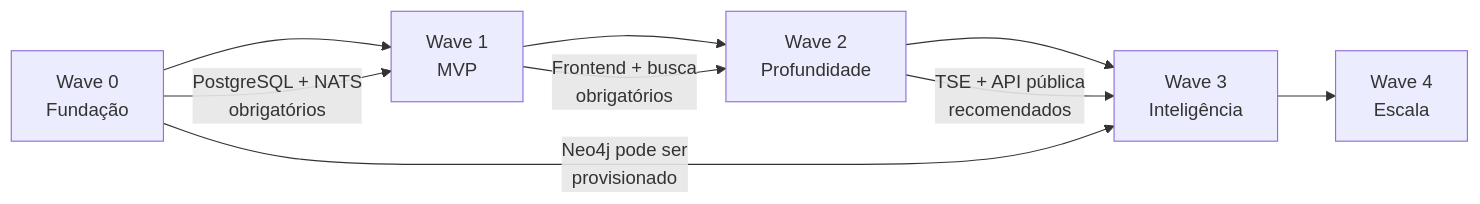
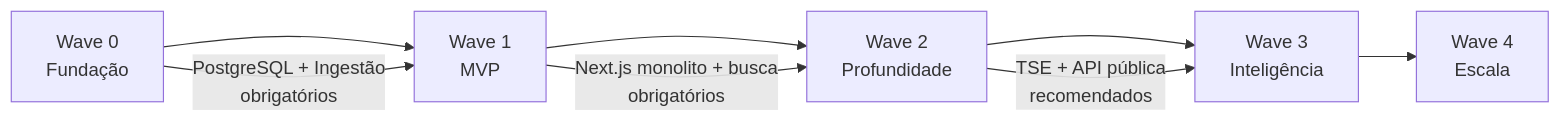
The second of 2 diagrams in docs/product/ROADMAP.md (FabioCaffarello/brasil-a-vera), drawn with Mermaid before and after one commit. The commit also changed other lines of this file and 16 other files, not shown here.

First line of the commit message:
docs(architecture): apply Monolith First decisions across all documentation

````diff
--- a/docs/product/ROADMAP.md
+++ b/docs/product/ROADMAP.md
@@ -205,12 +212,11 @@
 ```mermaid
 graph LR
     W0["Wave 0<br/>Fundação"] --> W1["Wave 1<br/>MVP"]
     W1 --> W2["Wave 2<br/>Profundidade"]
     W2 --> W3["Wave 3<br/>Inteligência"]
     W3 --> W4["Wave 4<br/>Escala"]
 
-    W0 -->|"PostgreSQL + NATS<br/>obrigatórios"| W1
-    W1 -->|"Frontend + busca<br/>obrigatórios"| W2
+    W0 -->|"PostgreSQL + Ingestão<br/>obrigatórios"| W1
+    W1 -->|"Next.js monolito + busca<br/>obrigatórios"| W2
     W2 -->|"TSE + API pública<br/>recomendados"| W3
-    W0 -->|"Neo4j pode ser<br/>provisionado"| W3
 ```
````
